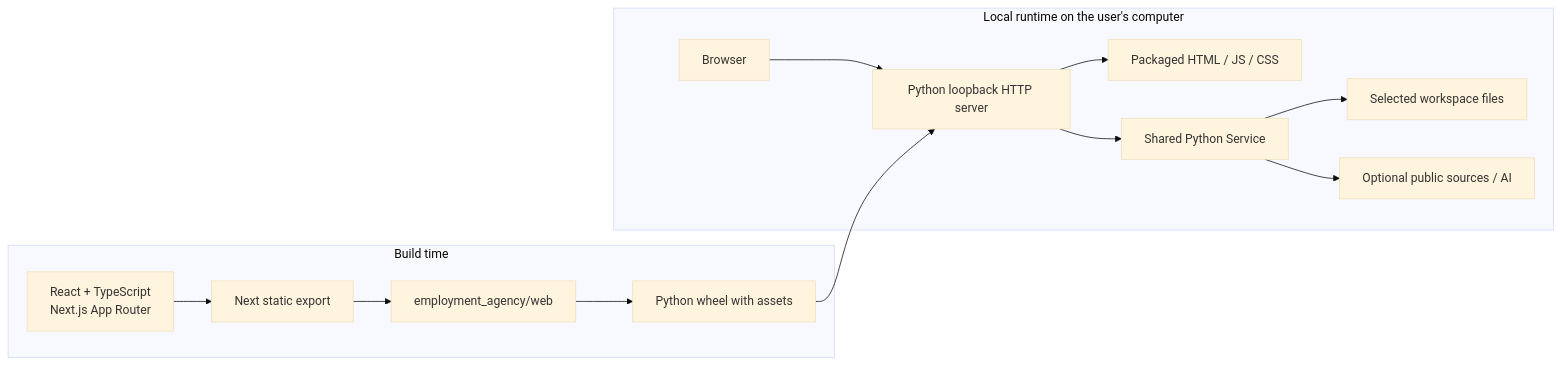
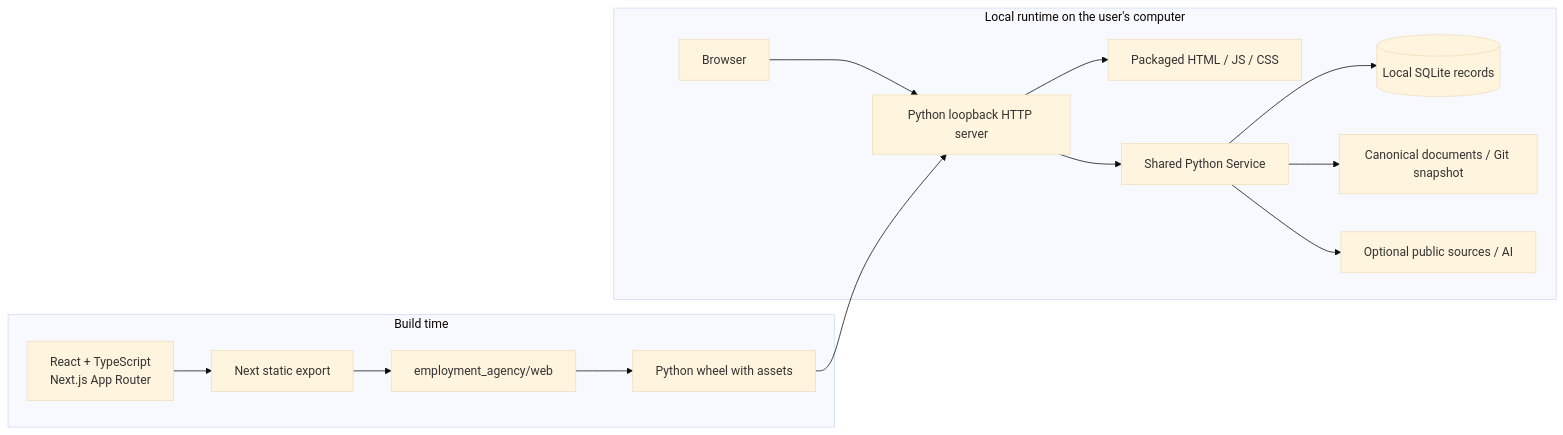
One commit to sometheasiekswx/employment-agency changed the first of 5 diagrams in docs/system-design.md. Above: the diagram before and after it, drawn with Mermaid (base theme). The commit also changed other lines of this file and 48 other files, not shown here.

````diff
--- a/docs/system-design.md
+++ b/docs/system-design.md
@@ -15,16 +15,17 @@
 ```mermaid
 flowchart LR
     subgraph Build[Build time]
         TS[React + TypeScript\nNext.js App Router] --> Export[Next static export]
         Export --> Web[employment_agency/web]
         Web --> Wheel[Python wheel with assets]
     end
     subgraph Local[Local runtime on the user's computer]
         Browser[Browser] --> HTTP[Python loopback HTTP server]
         HTTP --> Assets[Packaged HTML / JS / CSS]
         HTTP --> Service[Shared Python Service]
-        Service --> Disk[Selected workspace files]
+        Service --> DB[(Local SQLite records)]
+        Service --> Disk[Canonical documents / Git snapshot]
         Service --> Optional[Optional public sources / AI]
     end
     Wheel --> HTTP
 ```
````
